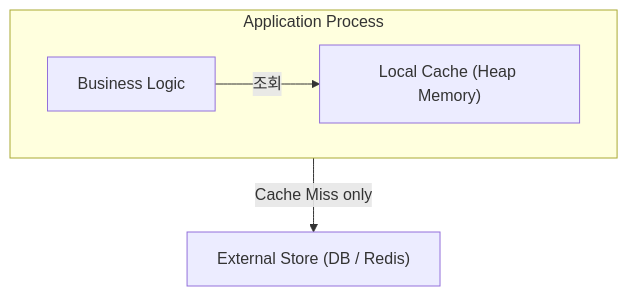
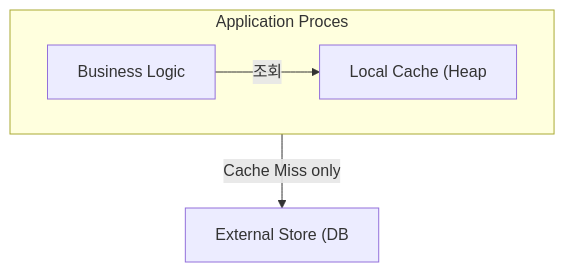
One commit to yjkim2015/yjkim2015.github.io changed the first of 4 diagrams in _posts/localcache/2026-05-01-local-cache-comparison.md. Above: the diagram before and after it, drawn with Mermaid. The commit also changed other lines of this file and 271 other files, not shown here.

First line of the commit message:
Mermaid 라벨 축소: 긴 노드 텍스트 18자 이하로 트림 + \n 제거

````diff
--- a/_posts/localcache/2026-05-01-local-cache-comparison.md
+++ b/_posts/localcache/2026-05-01-local-cache-comparison.md
@@ -16,7 +16,7 @@
 ```mermaid
 graph TD
-    subgraph APP["Application Process"]
-        BL["Business Logic"] -->|조회| LC["Local Cache (Heap Memory)"]
+    subgraph APP["Application Proces"]
+        BL["Business Logic"] -->|조회| LC["Local Cache (Heap"]
     end
-    APP -->|Cache Miss only| EXT["External Store (DB / Redis)"]
+    APP -->|Cache Miss only| EXT["External Store (DB"]
 ```
````
